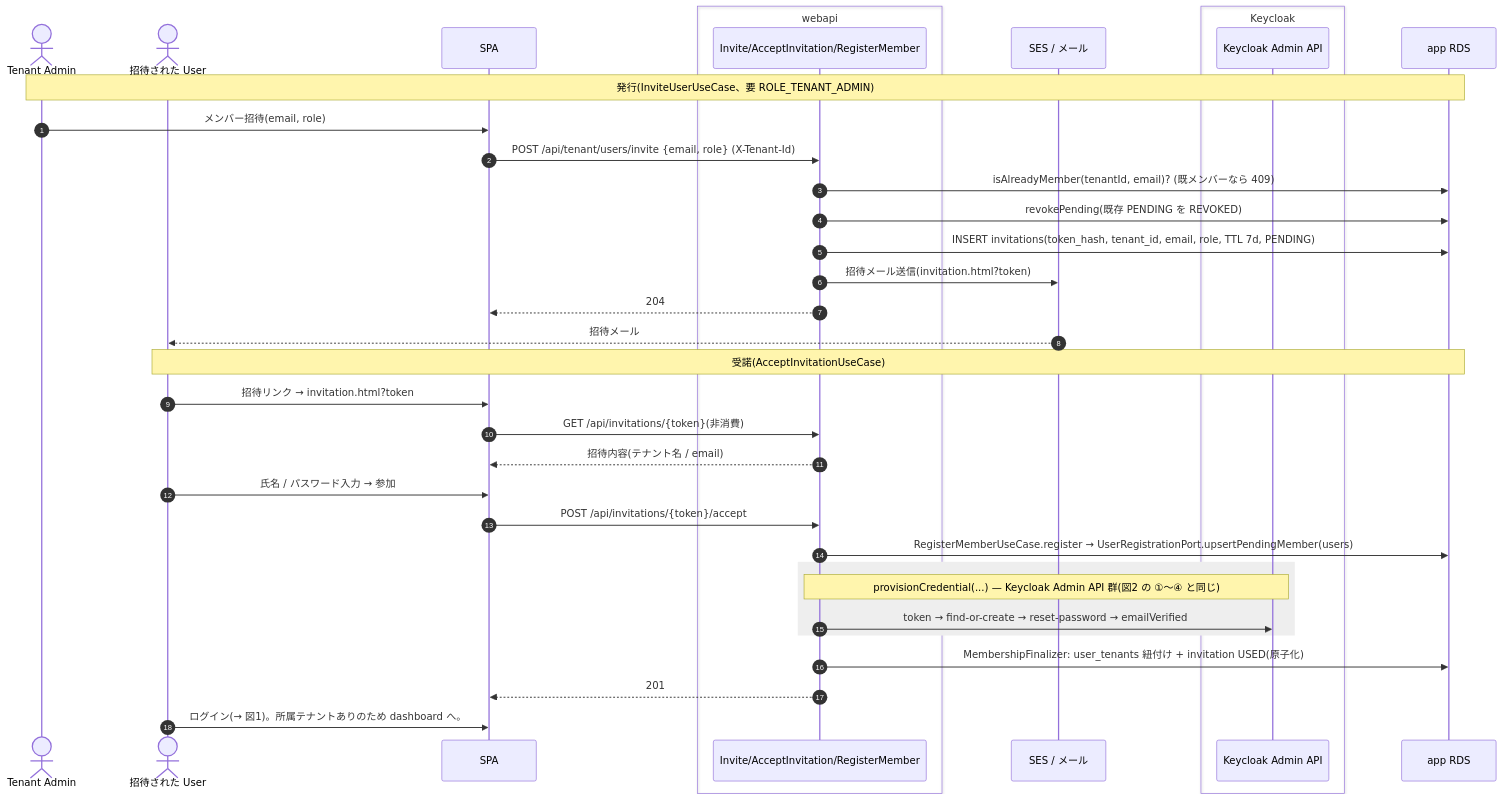
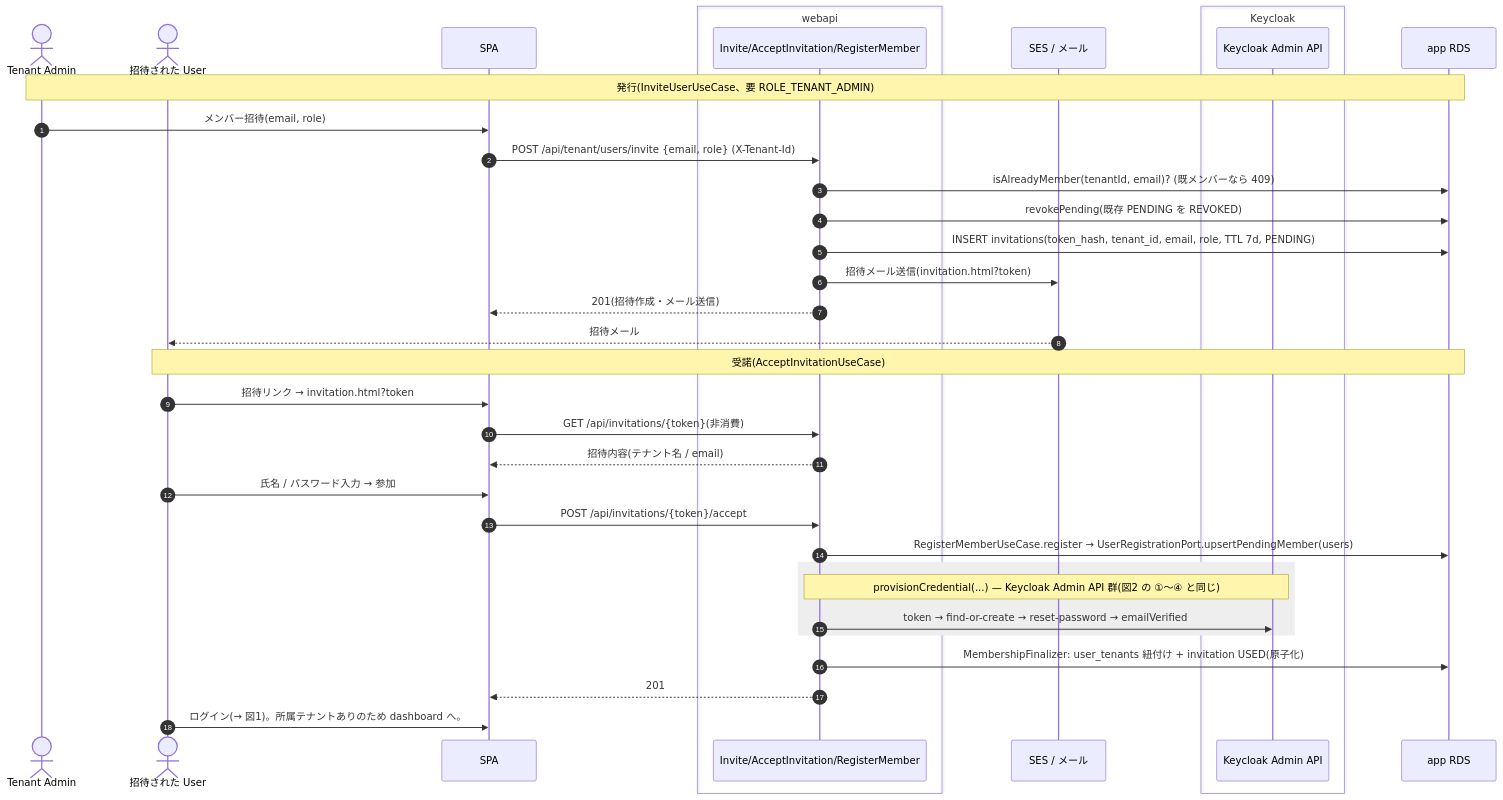
One commit to win2cot/tasks-webapi changed the fourth of 4 diagrams in docs/architecture/keycloak-integration-sequences.md. Above: the diagram before and after it, drawn with Mermaid.

Commit message:
docs(keycloak): 図4 招待発行のレスポンスを 204→201 に修正(レビュー対応)
TenantMemberController.inviteUser は @ResponseStatus(CREATED)=201、openapi も 201。

Refs #862

Claude-Session: https://claude.ai/code/session_017X69UsafGCaZYAdY1umdUe

````diff
--- a/docs/architecture/keycloak-integration-sequences.md
+++ b/docs/architecture/keycloak-integration-sequences.md
@@ -181,40 +181,40 @@
 ```mermaid
 sequenceDiagram
     autonumber
     actor Adm as Tenant Admin
     actor U as 招待された User
     participant SPA as SPA
     box webapi
         participant API as Invite/AcceptInvitation/RegisterMember
     end
     participant SES as SES / メール
     box Keycloak
         participant KC as Keycloak Admin API
     end
     participant DB as app RDS
 
     Note over Adm,DB: 発行(InviteUserUseCase、要 ROLE_TENANT_ADMIN)
     Adm->>SPA: メンバー招待(email, role)
     SPA->>API: POST /api/tenant/users/invite {email, role} (X-Tenant-Id)
     API->>DB: isAlreadyMember(tenantId, email)?  (既メンバーなら 409)
     API->>DB: revokePending(既存 PENDING を REVOKED)
     API->>DB: INSERT invitations(token_hash, tenant_id, email, role, TTL 7d, PENDING)
     API->>SES: 招待メール送信(invitation.html?token)
-    API-->>SPA: 204
+    API-->>SPA: 201(招待作成・メール送信)
     SES-->>U: 招待メール
 
     Note over U,DB: 受諾(AcceptInvitationUseCase)
     U->>SPA: 招待リンク → invitation.html?token
     SPA->>API: GET /api/invitations/{token}(非消費)
     API-->>SPA: 招待内容(テナント名 / email)
     U->>SPA: 氏名 / パスワード入力 → 参加
     SPA->>API: POST /api/invitations/{token}/accept
     API->>DB: RegisterMemberUseCase.register → UserRegistrationPort.upsertPendingMember(users)
     rect rgb(238,238,238)
         Note over API,KC: provisionCredential(...) — Keycloak Admin API 群(図2 の ①〜④ と同じ)
         API->>KC: token → find-or-create → reset-password → emailVerified
     end
     API->>DB: MembershipFinalizer: user_tenants 紐付け + invitation USED(原子化)
     API-->>SPA: 201
     U->>SPA: ログイン(→ 図1)。所属テナントありのため dashboard へ。
 ```
````
